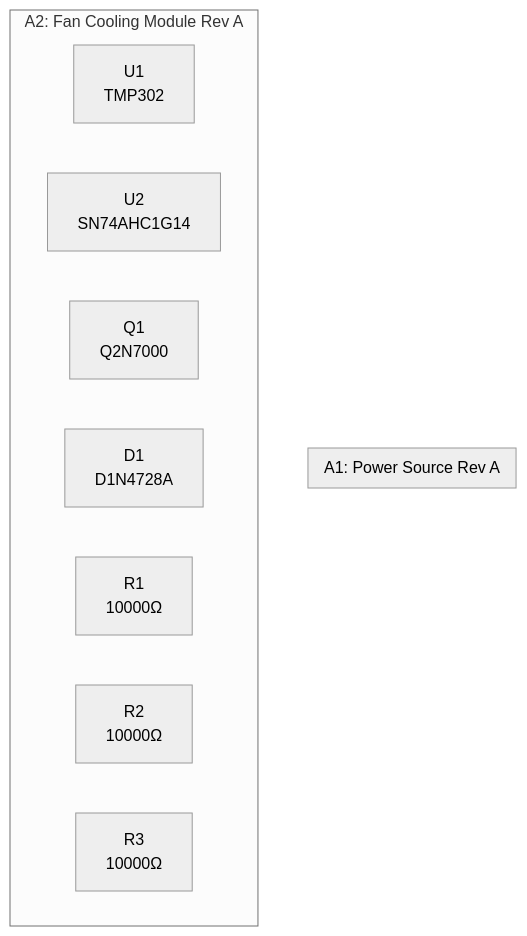
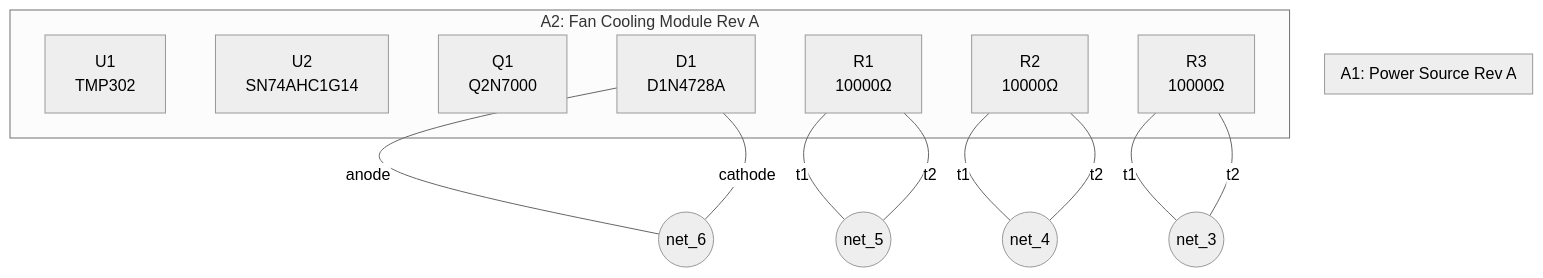
Before and after one commit to raeq/wirebench: the diagram in demos/fan_cooling/docs/CooledSystem.mmd, drawn with Mermaid. The commit also changed 114 other files, not shown here.

```diff
--- a/demos/fan_cooling/docs/CooledSystem.mmd
+++ b/demos/fan_cooling/docs/CooledSystem.mmd
@@ -1,13 +1,25 @@
 %%{init: {"theme": "neutral"}}%%
 flowchart TD
     subgraph A1["A1: Power Source Rev A"]
     end
     subgraph A2["A2: Fan Cooling Module Rev A"]
         U1["U1<br/>TMP302"]
         U2["U2<br/>SN74AHC1G14"]
         Q1["Q1<br/>Q2N7000"]
         D1["D1<br/>D1N4728A"]
         R1["R1<br/>10000Ω"]
         R2["R2<br/>10000Ω"]
         R3["R3<br/>10000Ω"]
     end
+    net_6(("net_6"))
+    net_5(("net_5"))
+    net_4(("net_4"))
+    net_3(("net_3"))
+    D1 ---|"anode"| net_6
+    D1 ---|"cathode"| net_6
+    R1 ---|"t1"| net_5
+    R1 ---|"t2"| net_5
+    R2 ---|"t1"| net_4
+    R2 ---|"t2"| net_4
+    R3 ---|"t1"| net_3
+    R3 ---|"t2"| net_3
```
